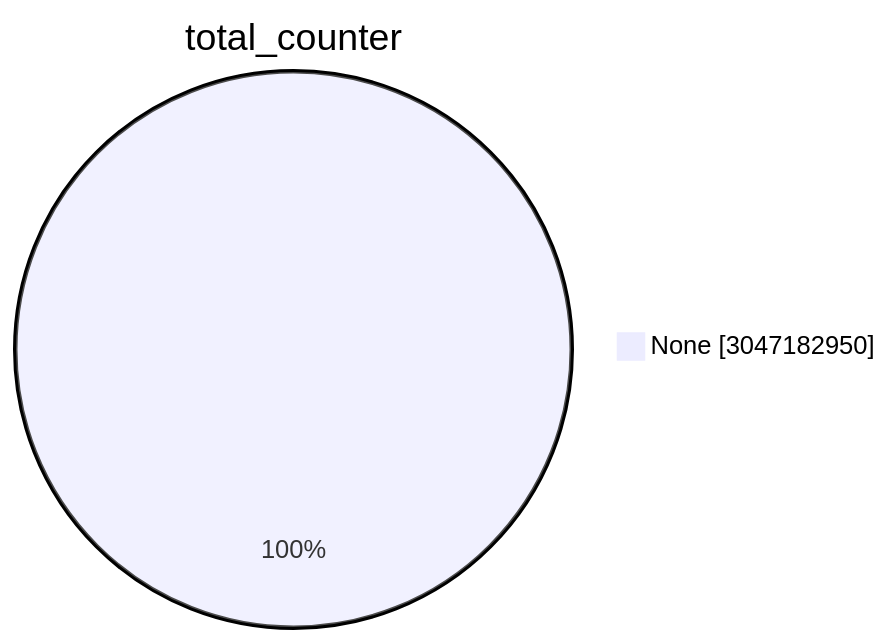
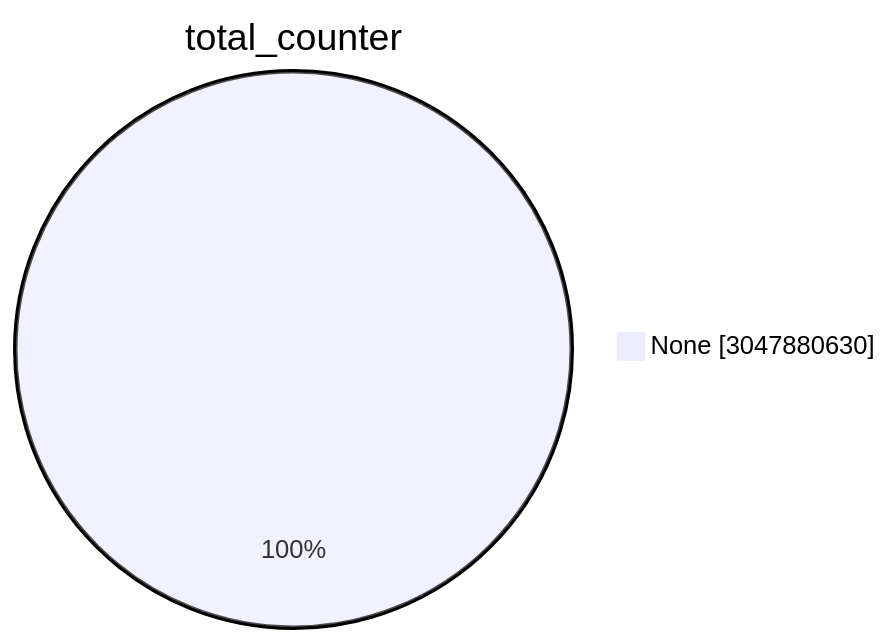
One commit to christiankrug/ctmonitor_visualization changed the first of 15 diagrams in TOTAL/README.md. Above: the diagram before and after it, drawn with Mermaid. The commit also changed other lines of this file, not shown here.

````diff
--- a/TOTAL/README.md
+++ b/TOTAL/README.md
@@ -1,5 +1,5 @@
 ```mermaid
 pie showData
 title total_counter
-"None" :3047182950
+"None" :3047880630
 ```
````
